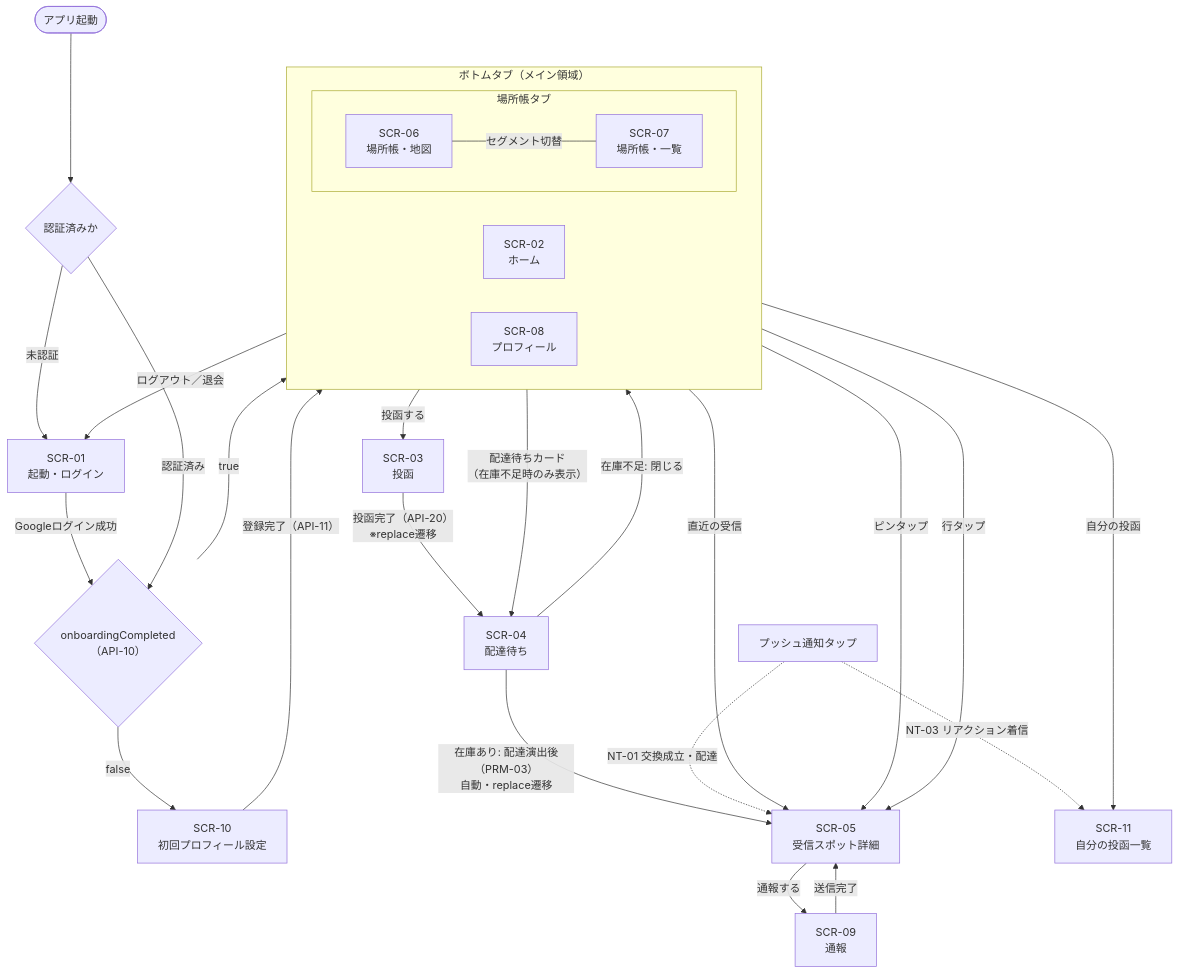
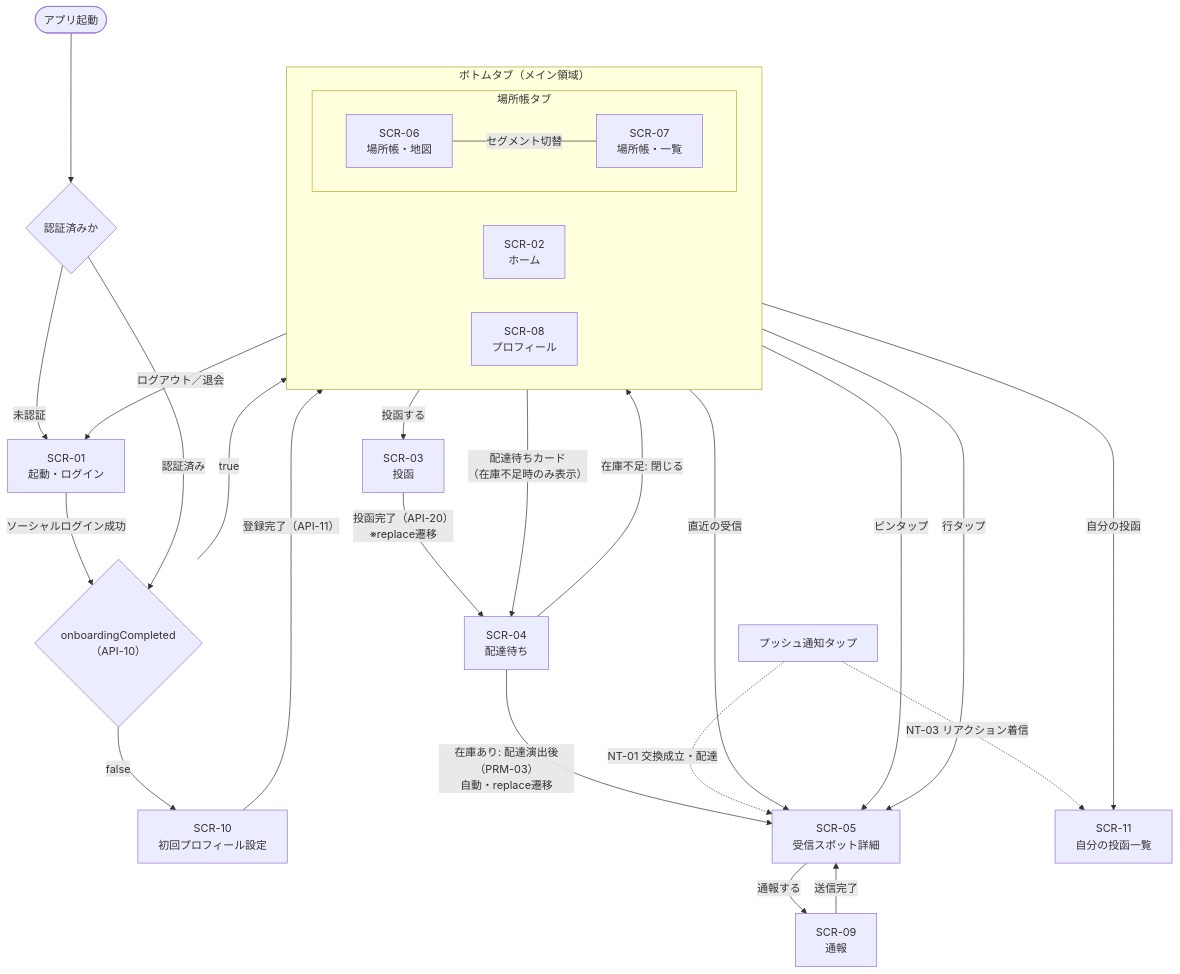
The diagram in docs/05_screen_design.md (yasudaProduct/machibin), drawn with Mermaid before and after one commit. The commit also changed other lines of this file and 7 other files, not shown here.

````diff
--- a/docs/05_screen_design.md
+++ b/docs/05_screen_design.md
@@ -91,39 +92,39 @@
 ```mermaid
 flowchart TD
     Start(["アプリ起動"]) --> AuthCheck{"認証済みか"}
     AuthCheck -- "未認証" --> SCR01["SCR-01<br/>起動・ログイン"]
-    SCR01 -- "Googleログイン成功" --> OnbCheck{"onboardingCompleted<br/>（API-10）"}
+    SCR01 -- "ソーシャルログイン成功" --> OnbCheck{"onboardingCompleted<br/>（API-10）"}
     AuthCheck -- "認証済み" --> OnbCheck
     OnbCheck -- "false" --> SCR10["SCR-10<br/>初回プロフィール設定"]
 
     subgraph Tabs["ボトムタブ（メイン領域）"]
         direction LR
         SCR02["SCR-02<br/>ホーム"]
         subgraph BookTab["場所帳タブ"]
             direction LR
             SCR06["SCR-06<br/>場所帳・地図"]
             SCR07["SCR-07<br/>場所帳・一覧"]
             SCR06 -- "セグメント切替" --- SCR07
         end
         SCR08["SCR-08<br/>プロフィール"]
     end
 
     OnbCheck -- "true" --> SCR02
     SCR10 -- "登録完了（API-11）" --> SCR02
 
     SCR02 -- "投函する" --> SCR03["SCR-03<br/>投函"]
     SCR03 -- "投函完了（API-20）<br/>※replace遷移" --> SCR04["SCR-04<br/>配達待ち"]
     SCR04 -- "在庫あり: 配達演出後（PRM-03）<br/>自動・replace遷移" --> SCR05["SCR-05<br/>受信スポット詳細"]
     SCR02 -- "配達待ちカード<br/>（在庫不足時のみ表示）" --> SCR04
     SCR04 -- "在庫不足: 閉じる" --> SCR02
     SCR02 -- "直近の受信" --> SCR05
     SCR06 -- "ピンタップ" --> SCR05
     SCR07 -- "行タップ" --> SCR05
     SCR05 -- "通報する" --> SCR09["SCR-09<br/>通報"]
     SCR09 -- "送信完了" --> SCR05
     SCR08 -- "自分の投函" --> SCR11["SCR-11<br/>自分の投函一覧"]
     SCR08 -- "ログアウト／退会" --> SCR01
 
     NT["プッシュ通知タップ"] -. "NT-01 交換成立・配達" .-> SCR05
     NT -. "NT-03 リアクション着信" .-> SCR11
 ```
````
